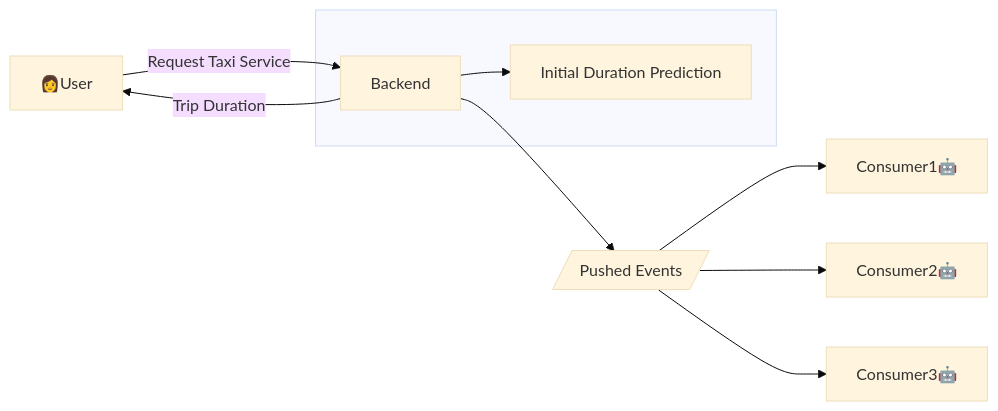
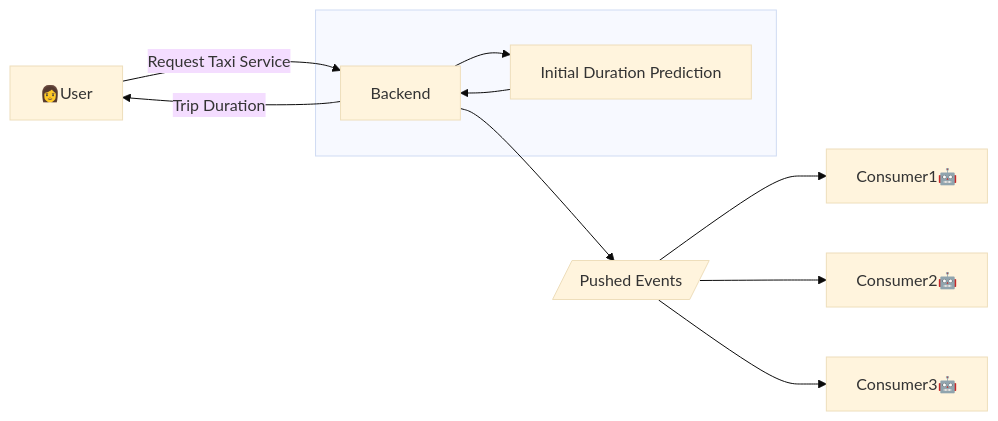
Before and after one commit to mossdet/mlops-dlp: the fifth of 5 diagrams in week04/README.md, drawn with Mermaid (base theme).

````diff
--- a/week04/README.md
+++ b/week04/README.md
@@ -72,11 +72,11 @@
 ```mermaid
 graph LR
     User[👩User]--> |Request Taxi Service| Backend[Backend]
     Backend--> |Trip Duration| User
     Backend--> Events[/Pushed Events/]
     Events --> Consumer1[Consumer1🤖] & Consumer2[Consumer2🤖] & Consumer3[Consumer3🤖]
 
     subgraph noteB [" "]
-        Backend--> note["Initial Duration Prediction"]
+        Backend--> note["Initial Duration Prediction"]--> Backend
     end
 ```
````
